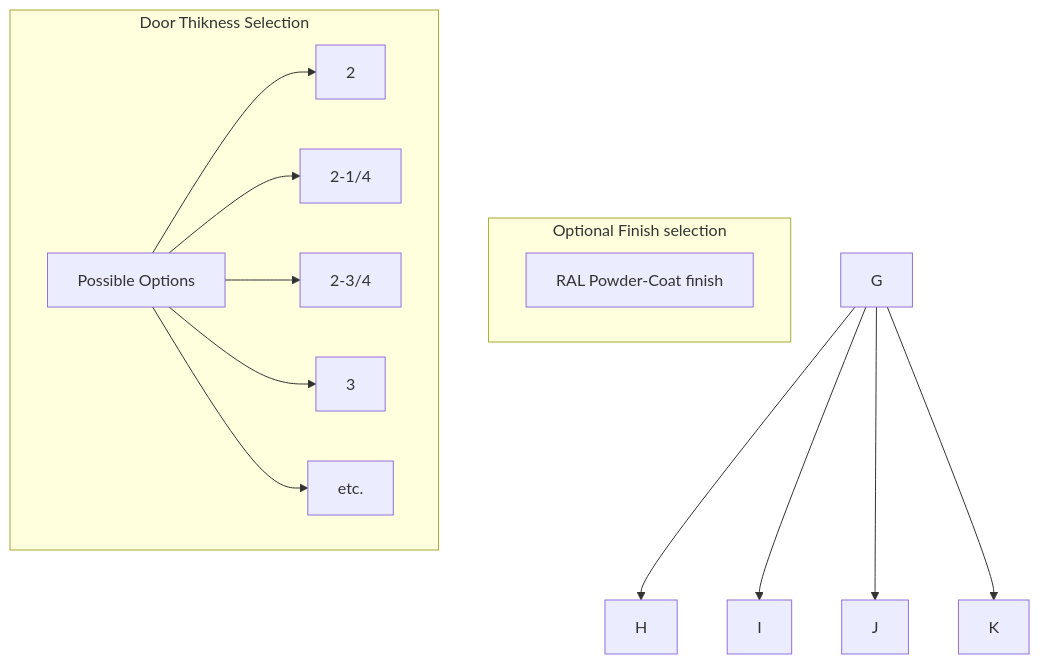
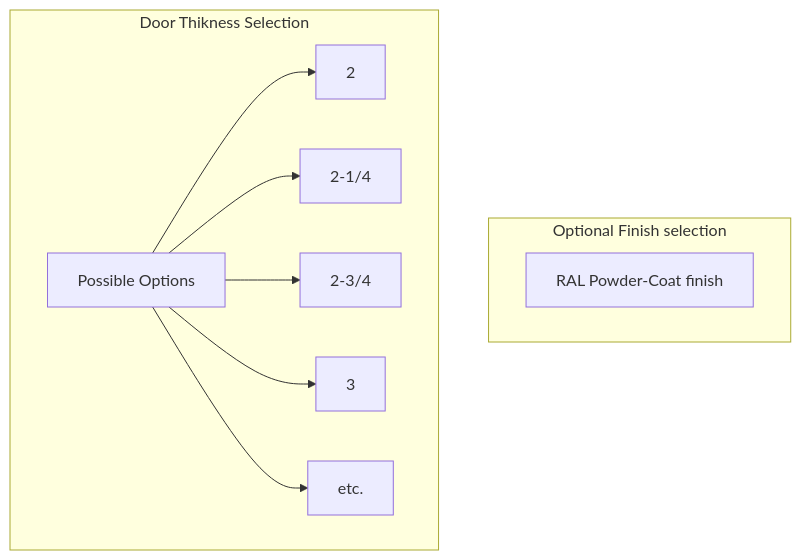
The fifth of 40 diagrams in README.md (alokdas81/diamond-pricebook-diagram), drawn with Mermaid before and after one commit. The commit also changed other lines of this file, not shown here.

````diff
--- a/README.md
+++ b/README.md
@@ -173,27 +159,22 @@
 ```mermaid
 graph TB
 
 subgraph Optional Finish selection
 F[RAL Powder-Coat finish]
 end
 
 subgraph Door Thikness Selection
 A[Possible Options]
 B[2]
 C[2-1/4]
 D[2-3/4]
 E[3]
 L[etc.]
 end
 
 A --> B
 A --> C
 A --> D
 A --> E
 A --> L
-
-G --> H
-G --> I
-G --> J
-G --> K
 ```
````
